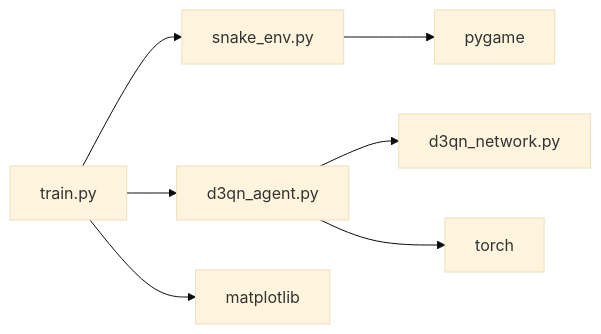
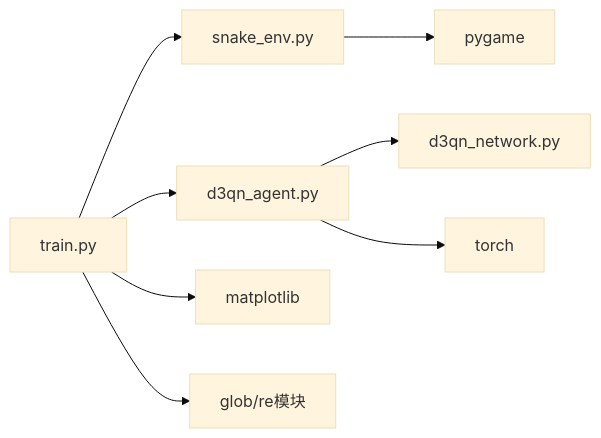
The eighth of 8 diagrams in .qoder/repowiki/zh/content/训练系统.md (fuweiq94-cloud/3399180760000), drawn with Mermaid (base theme) before and after one commit. The commit also changed other lines of this file and 146 other files, not shown here.

````diff
--- a/.qoder/repowiki/zh/content/训练系统.md
+++ b/.qoder/repowiki/zh/content/训练系统.md
@@ -280,9 +354,10 @@
 ```mermaid
 graph LR
 T["train.py"] --> E["snake_env.py"]
 T --> A["d3qn_agent.py"]
 A --> N["d3qn_network.py"]
 T --> M["matplotlib"]
 E --> P["pygame"]
 A --> TCH["torch"]
+T --> GLOB["glob/re模块"]
 ```
````
